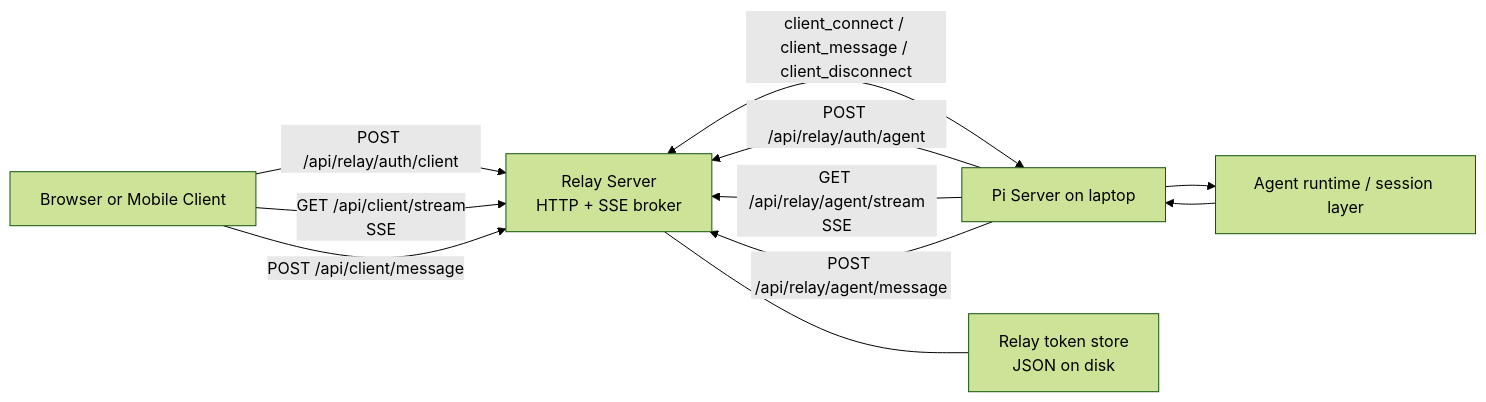
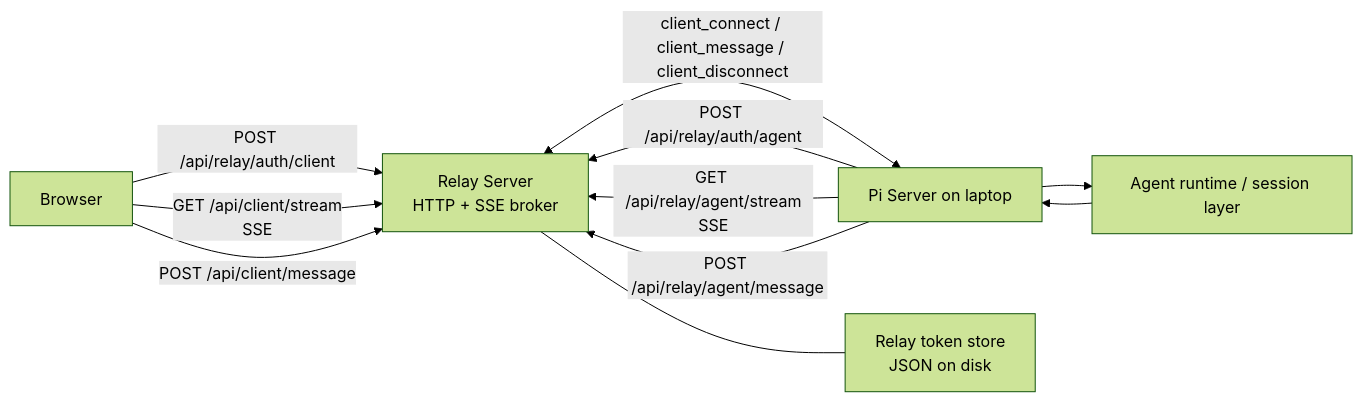
The diagram in docs/relay-server-architecture/README.md (MuzzammilRafiq/apreal), drawn with Mermaid (forest theme) before and after one commit. The commit also changed other lines of this file and 4 other files, not shown here.

First line of the commit message:
Update relay architecture docs and track security follow-ups.

````diff
--- a/docs/relay-server-architecture/README.md
+++ b/docs/relay-server-architecture/README.md
@@ -38,19 +38,19 @@
 ```mermaid
 flowchart LR
-    Browser[Browser or Mobile Client]
+    Browser[Browser]
     Relay[Relay Server\nHTTP + SSE broker]
     Pi[Pi Server on laptop]
     Agent[Agent runtime / session layer]
     Store[Relay token store\nJSON on disk]
 
     Browser -->|POST /api/relay/auth/client| Relay
     Browser -->|GET /api/client/stream\nSSE| Relay
     Browser -->|POST /api/client/message| Relay
     Pi -->|POST /api/relay/auth/agent| Relay
     Pi -->|GET /api/relay/agent/stream\nSSE| Relay
     Pi -->|POST /api/relay/agent/message| Relay
     Relay <-->|client_connect / client_message / client_disconnect| Pi
     Pi --> Agent
     Agent --> Pi
     Relay --- Store
 ```
````
